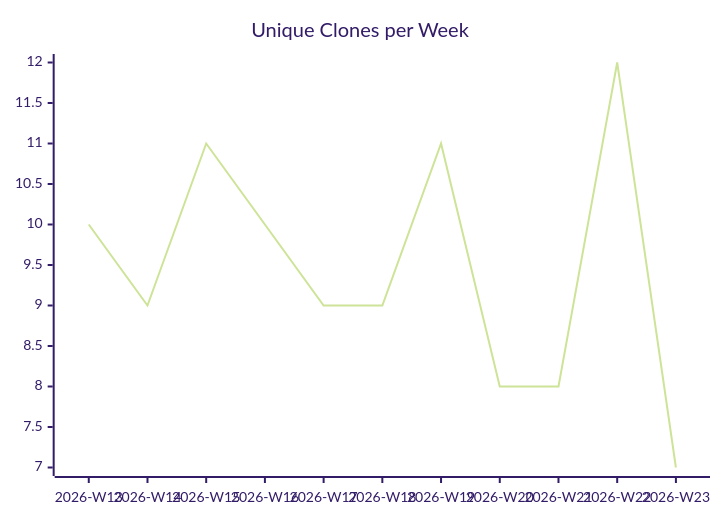
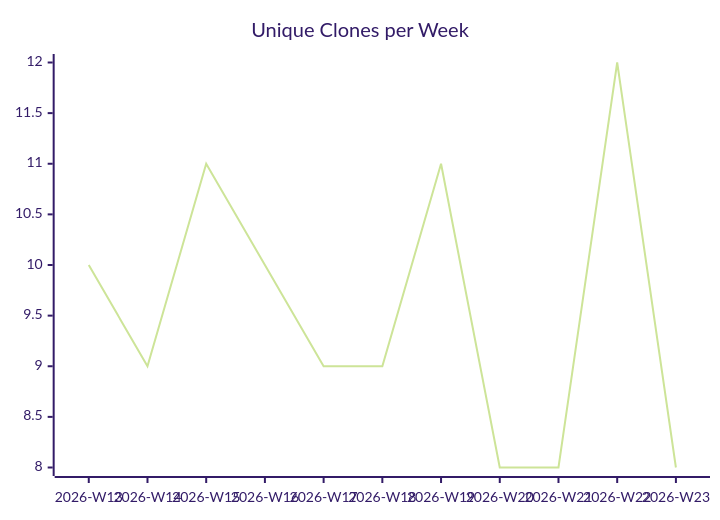
Before and after one commit to justdavis-family/github-analytics-data: the third of 3 diagrams in karlmdavis/usgs-water-api-java/README.md, drawn with Mermaid (forest theme). The commit also changed other lines of this file and 188 other files, not shown here.

````diff
--- a/karlmdavis/usgs-water-api-java/README.md
+++ b/karlmdavis/usgs-water-api-java/README.md
@@ -19,6 +19,6 @@
 ```mermaid
 xychart-beta
   title "Unique Clones per Week"
   x-axis ["2026-W13", "2026-W14", "2026-W15", "2026-W16", "2026-W17", "2026-W18", "2026-W19", "2026-W20", "2026-W21", "2026-W22", "2026-W23"]
-  line [10, 9, 11, 10, 9, 9, 11, 8, 8, 12, 7]
+  line [10, 9, 11, 10, 9, 9, 11, 8, 8, 12, 8]
 ```
````
